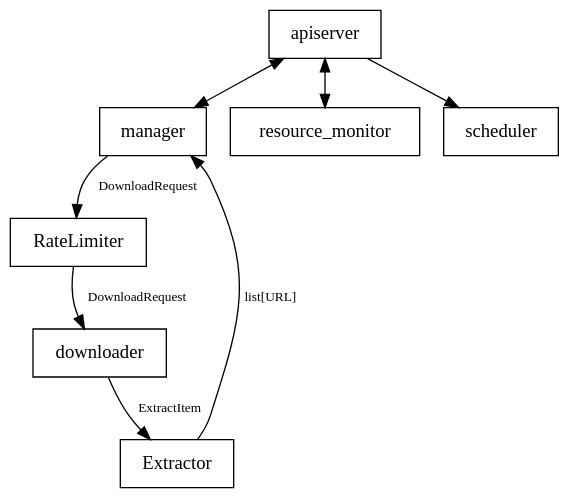
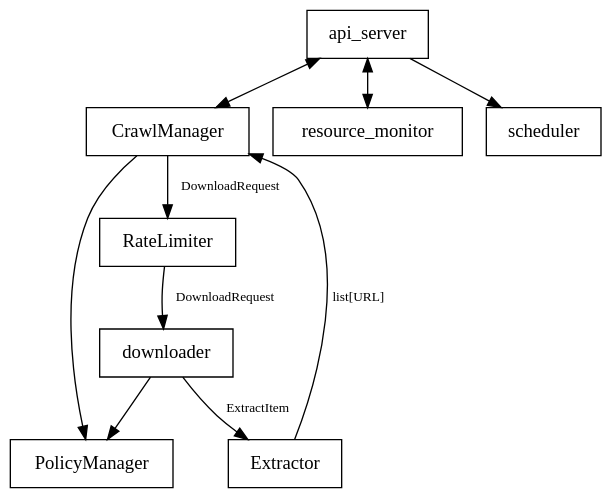
One commit to HyperionGray/starbelly changed the second of 2 diagrams in docs/internals.rst. Above: the diagram before and after it, drawn with Graphviz. The commit also changed other lines of this file and 3 other files, not shown here.

```diff
--- a/docs/internals.rst
+++ b/docs/internals.rst
@@ -59,25 +59,28 @@
 .. graphviz::
 
     digraph system_diagram {
         graph [bgcolor=transparent];
         node [shape=box];
         edge [fontsize=10];
 
         // Nodes
-        apiserver;
-        manager;
+        api_server;
+        crawl_manager [label="CrawlManager"];
+        policy_manager [label="PolicyManager",href="#policy"];
         rate_limiter [label="RateLimiter",href="#rate-limiter"];
         downloader;
         extractor [label="Extractor",href="#extractor"];
         resource_monitor;
         scheduler;
 
         // Edges
-        apiserver -> manager [dir=both];
-        apiserver -> resource_monitor [dir=both];
-        apiserver -> scheduler;
-        manager -> rate_limiter [label="DownloadRequest"];
+        api_server -> crawl_manager [dir=both];
+        api_server -> resource_monitor [dir=both];
+        api_server -> scheduler;
+        crawl_manager -> rate_limiter [label="DownloadRequest"];
+        crawl_manager -> policy_manager;
         rate_limiter -> downloader [label="DownloadRequest"];
         downloader -> extractor [label="ExtractItem"];
-        extractor -> manager [label="list[URL]"];
+        downloader -> policy_manager;
+        extractor -> crawl_manager [label="list[URL]"];
     }
```
